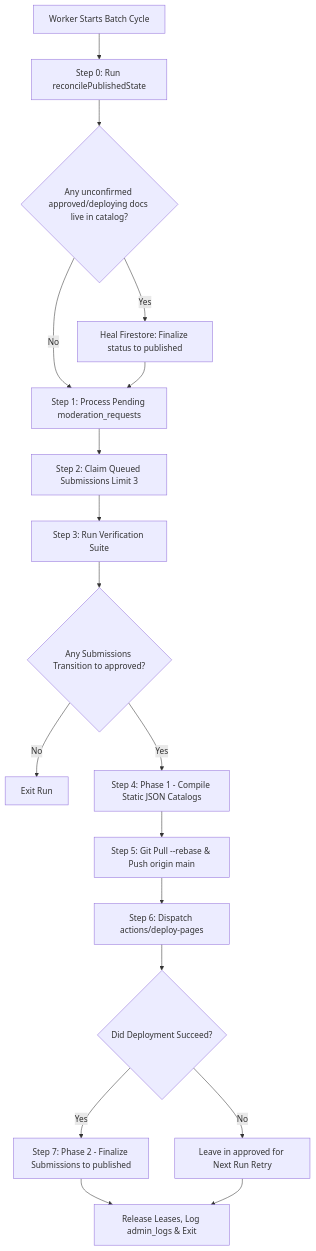
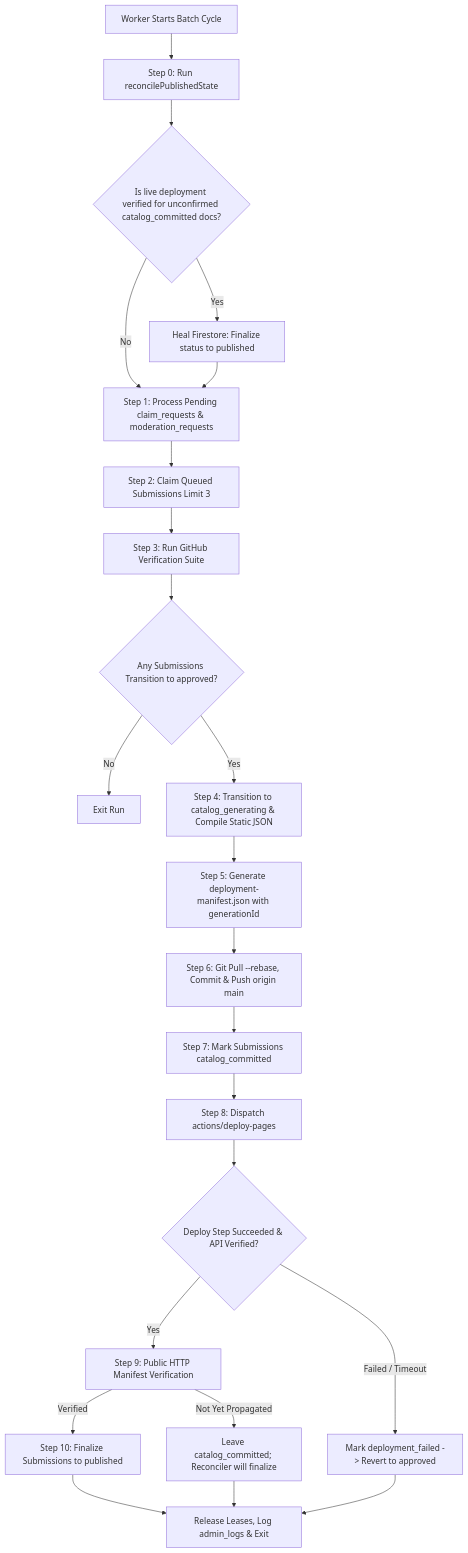
One commit to Rohitpvt/GitStore changed the second of 2 diagrams in docs/SUBMISSION_PIPELINE.md. Above: the diagram before and after it, drawn with Mermaid. The commit also changed other lines of this file and 13 other files, not shown here.

Commit message:
chore(phase-0.1.2): final security and architecture corrections

````diff
--- a/docs/SUBMISSION_PIPELINE.md
+++ b/docs/SUBMISSION_PIPELINE.md
@@ -100,20 +135,25 @@
 ```mermaid
 flowchart TD
     A[Worker Starts Batch Cycle] --> B[Step 0: Run reconcilePublishedState]
-    B --> C{Any unconfirmed approved/deploying docs live in catalog?}
+    B --> C{Is live deployment verified for unconfirmed catalog_committed docs?}
     C -->|Yes| D[Heal Firestore: Finalize status to published]
-    C -->|No| E[Step 1: Process Pending moderation_requests]
+    C -->|No| E[Step 1: Process Pending claim_requests & moderation_requests]
     D --> E
     E --> F[Step 2: Claim Queued Submissions Limit 3]
-    F --> G[Step 3: Run Verification Suite]
+    F --> G[Step 3: Run GitHub Verification Suite]
     G --> H{Any Submissions Transition to approved?}
     H -->|No| I[Exit Run]
-    H -->|Yes| J[Step 4: Phase 1 - Compile Static JSON Catalogs]
-    J --> K[Step 5: Git Pull --rebase & Push origin main]
-    K --> L[Step 6: Dispatch actions/deploy-pages]
-    L --> M{Did Deployment Succeed?}
-    M -->|Yes| N[Step 7: Phase 2 - Finalize Submissions to published]
-    M -->|No| O[Leave in approved for Next Run Retry]
-    N --> P[Release Leases, Log admin_logs & Exit]
-    O --> P
+    H -->|Yes| J[Step 4: Transition to catalog_generating & Compile Static JSON]
+    J --> K[Step 5: Generate deployment-manifest.json with generationId]
+    K --> L[Step 6: Git Pull --rebase, Commit & Push origin main]
+    L --> M[Step 7: Mark Submissions catalog_committed]
+    M --> N[Step 8: Dispatch actions/deploy-pages]
+    N --> O{Deploy Step Succeeded & API Verified?}
+    O -->|Yes| P[Step 9: Public HTTP Manifest Verification]
+    P -->|Verified| Q[Step 10: Finalize Submissions to published]
+    P -->|Not Yet Propagated| R[Leave catalog_committed; Reconciler will finalize]
+    O -->|Failed / Timeout| S[Mark deployment_failed -> Revert to approved]
+    Q --> T[Release Leases, Log admin_logs & Exit]
+    R --> T
+    S --> T
 ```
````
